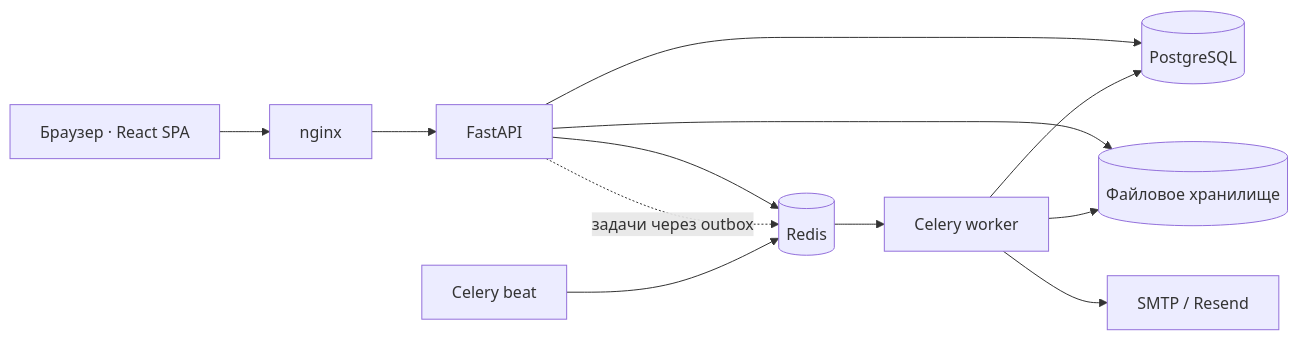
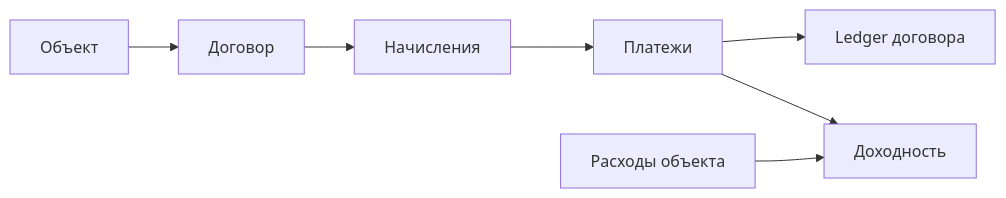
The diagram in README.md (vladweat/landlords), drawn with Mermaid before and after one commit. The commit also changed other lines of this file and 25 other files, not shown here.

````diff
--- a/README.md
+++ b/README.md
@@ -26,14 +21,9 @@
 ```mermaid
 flowchart LR
-  Browser[Браузер · React SPA] --> Nginx[nginx]
-  Nginx --> API[FastAPI]
-  API --> PG[(PostgreSQL)]
-  API --> Redis[(Redis)]
-  API --> Files[(Файловое хранилище)]
-  API -. задачи через outbox .-> Redis
-  Beat[Celery beat] --> Redis
-  Redis --> Worker[Celery worker]
-  Worker --> PG
-  Worker --> Files
-  Worker --> Mail[SMTP / Resend]
+  Property[Объект] --> Contract[Договор]
+  Contract --> Charge[Начисления]
+  Charge --> Payment[Платежи]
+  Payment --> Ledger[Ledger договора]
+  Expense[Расходы объекта] --> ROI[Доходность]
+  Payment --> ROI
 ```
````
